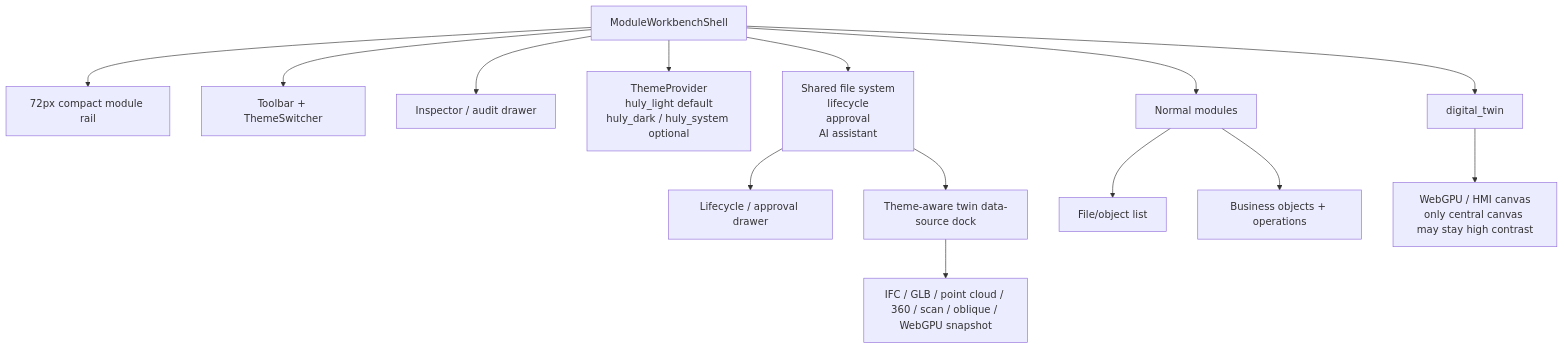
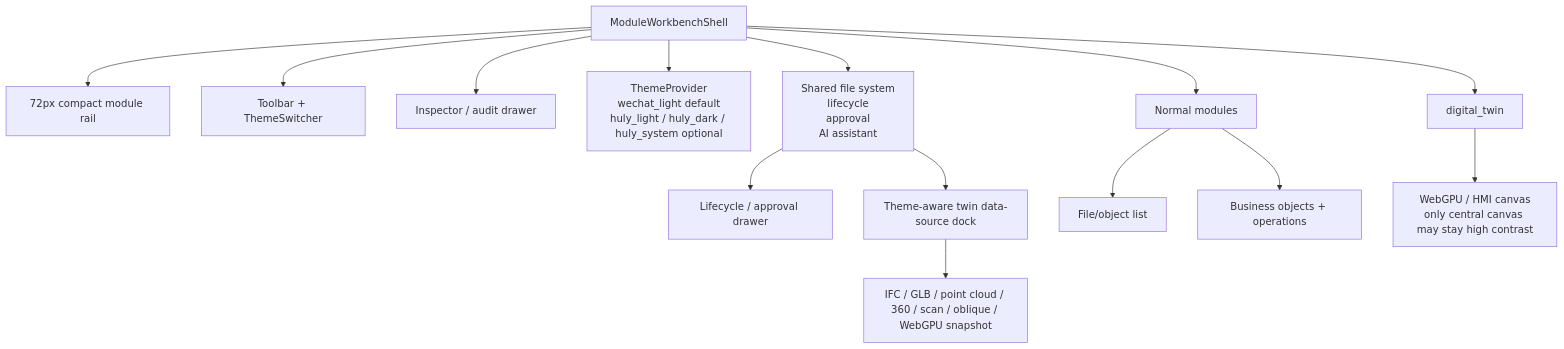
One commit to ActiveInAI/ArchIToken changed diagram 12 of 12 in docs/04_ARCHITOKEN_PANORAMA.md. Above: the diagram before and after it, drawn with Mermaid. The commit also changed 253 other files, not shown here.

````diff
--- a/docs/04_ARCHITOKEN_PANORAMA.md
+++ b/docs/04_ARCHITOKEN_PANORAMA.md
@@ -394,17 +394,17 @@
 ```mermaid
 flowchart TB
   Shell["ModuleWorkbenchShell"]
   Shell --> Rail["72px compact module rail"]
   Shell --> Toolbar["Toolbar + ThemeSwitcher"]
   Shell --> Drawer["Inspector / audit drawer"]
-  Shell --> Theme["ThemeProvider<br/>huly_light default<br/>huly_dark / huly_system optional"]
+  Shell --> Theme["ThemeProvider<br/>wechat_light default<br/>huly_light / huly_dark / huly_system optional"]
   Shell --> Shared["Shared file system<br/>lifecycle<br/>approval<br/>AI assistant"]
   Shell --> Normal["Normal modules"]
   Shell --> Twin["digital_twin"]
   Normal --> Explorer["File/object list"]
   Normal --> Business["Business objects + operations"]
   Shared --> Lifecycle["Lifecycle / approval drawer"]
   Twin --> Canvas["WebGPU / HMI canvas<br/>only central canvas may stay high contrast"]
   Shared --> Dock["Theme-aware twin data-source dock"]
   Dock --> Sources["IFC / GLB / point cloud / 360 / scan / oblique / WebGPU snapshot"]
 ```
````
